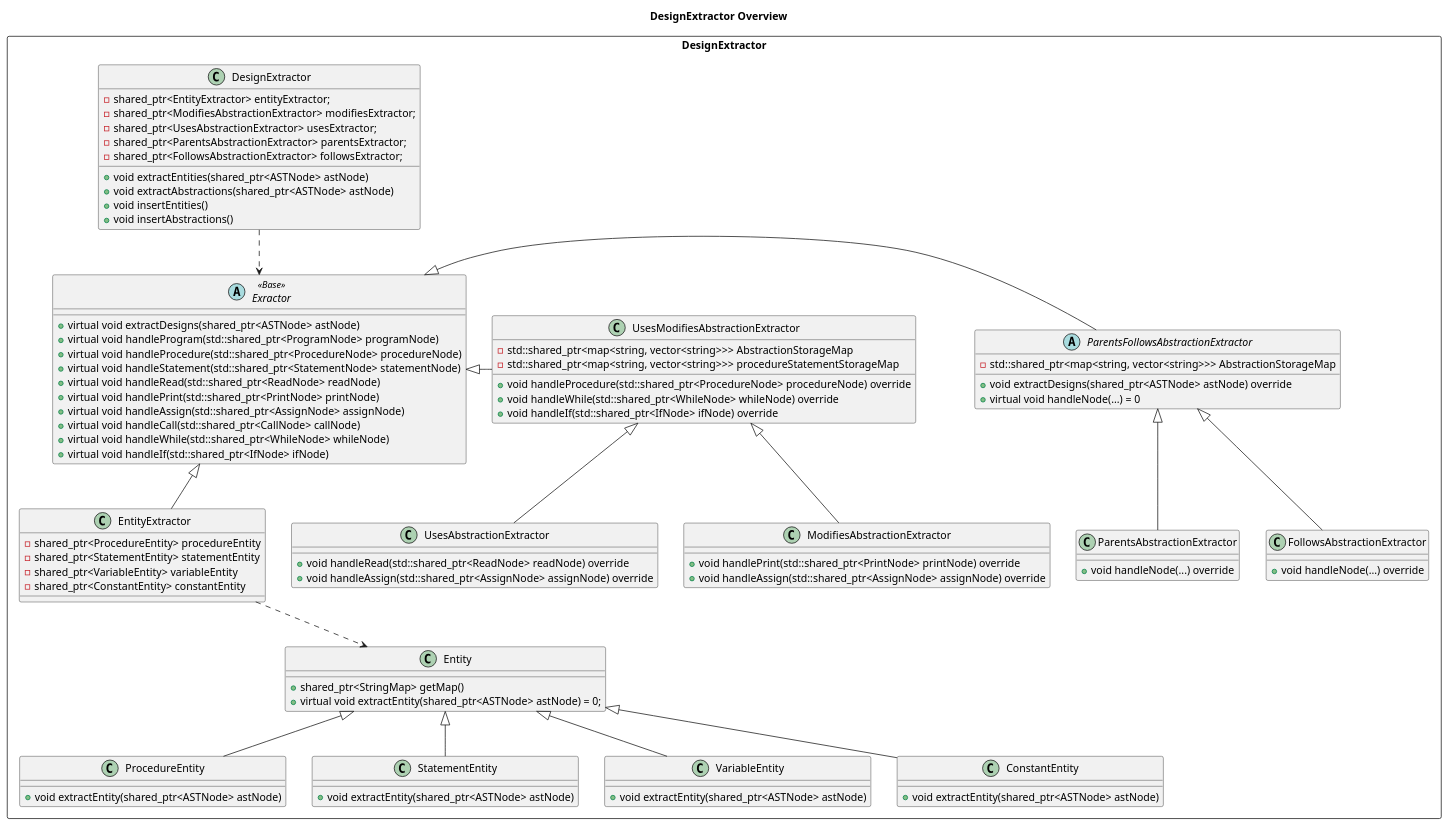
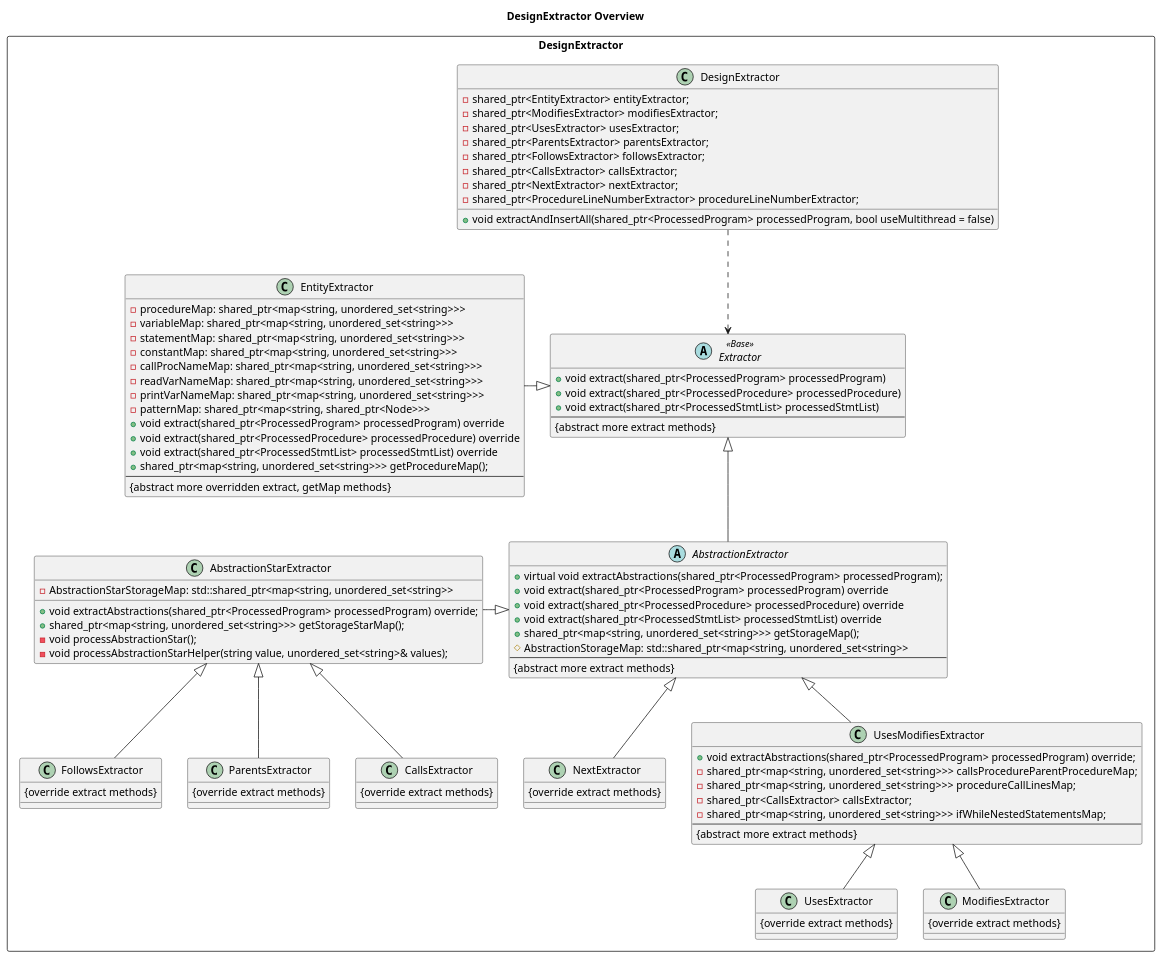
One commit to NicsunXnus/SoftwareEngineeringProject changed the diagram in Team18/Docs/SP/DiagramsV2/DesignExtractorOverview/ExtractorHiearchy.puml. Above: the diagram before and after it, drawn with PlantUML. The commit also changed 1 other file, not shown here.

Commit message:
Update DE class diagram

```diff
--- a/Team18/Docs/SP/DiagramsV2/DesignExtractorOverview/ExtractorHiearchy.puml
+++ b/Team18/Docs/SP/DiagramsV2/DesignExtractorOverview/ExtractorHiearchy.puml
@@ -1,97 +1,104 @@
 @startuml
 
 title DesignExtractor Overview
 
 package DesignExtractor <<Rectangle>> {
     Class DesignExtractor {
         -shared_ptr<EntityExtractor> entityExtractor;
-        -shared_ptr<ModifiesAbstractionExtractor> modifiesExtractor;
-        -shared_ptr<UsesAbstractionExtractor> usesExtractor;
-        -shared_ptr<ParentsAbstractionExtractor> parentsExtractor;
-        -shared_ptr<FollowsAbstractionExtractor> followsExtractor;
-        +void extractEntities(shared_ptr<ASTNode> astNode)
-        +void extractAbstractions(shared_ptr<ASTNode> astNode)
-        +void insertEntities()
-        +void insertAbstractions()
+        -shared_ptr<ModifiesExtractor> modifiesExtractor;
+        -shared_ptr<UsesExtractor> usesExtractor;
+        -shared_ptr<ParentsExtractor> parentsExtractor;
+        -shared_ptr<FollowsExtractor> followsExtractor;
+        -shared_ptr<CallsExtractor> callsExtractor;
+        -shared_ptr<NextExtractor> nextExtractor;
+        -shared_ptr<ProcedureLineNumberExtractor> procedureLineNumberExtractor;
+        +void extractAndInsertAll(shared_ptr<ProcessedProgram> processedProgram, bool useMultithread = false)
     }
 
-    Abstract Exractor <<Base>> {
-        +virtual void extractDesigns(shared_ptr<ASTNode> astNode)
-        +virtual void handleProgram(std::shared_ptr<ProgramNode> programNode)
-        +virtual void handleProcedure(std::shared_ptr<ProcedureNode> procedureNode)
-        +virtual void handleStatement(std::shared_ptr<StatementNode> statementNode)
-        +virtual void handleRead(std::shared_ptr<ReadNode> readNode)
-        +virtual void handlePrint(std::shared_ptr<PrintNode> printNode)
-        +virtual void handleAssign(std::shared_ptr<AssignNode> assignNode)
-        +virtual void handleCall(std::shared_ptr<CallNode> callNode)
-        +virtual void handleWhile(std::shared_ptr<WhileNode> whileNode)
-        +virtual void handleIf(std::shared_ptr<IfNode> ifNode)
+    Abstract Extractor <<Base>> {
+        +void extract(shared_ptr<ProcessedProgram> processedProgram)
+        +void extract(shared_ptr<ProcessedProcedure> processedProcedure)
+        +void extract(shared_ptr<ProcessedStmtList> processedStmtList)
+        ---
+        {abstract more extract methods}
     }
     Class EntityExtractor {
-        -shared_ptr<ProcedureEntity> procedureEntity
-        -shared_ptr<StatementEntity> statementEntity
-        -shared_ptr<VariableEntity> variableEntity
-        -shared_ptr<ConstantEntity> constantEntity
-    }
-    Abstract ParentsFollowsAbstractionExtractor {
-        -std::shared_ptr<map<string, vector<string>>> AbstractionStorageMap
-        +void extractDesigns(shared_ptr<ASTNode> astNode) override
-        +virtual void handleNode(...) = 0
-    }
-    Class ParentsAbstractionExtractor {
-        +void handleNode(...) override
-    } 
-    Class FollowsAbstractionExtractor {
-        +void handleNode(...) override
-    }
-    Class UsesModifiesAbstractionExtractor {
-        -std::shared_ptr<map<string, vector<string>>> AbstractionStorageMap
-        -std::shared_ptr<map<string, vector<string>>> procedureStatementStorageMap
-        +void handleProcedure(std::shared_ptr<ProcedureNode> procedureNode) override
-        +void handleWhile(std::shared_ptr<WhileNode> whileNode) override
-        +void handleIf(std::shared_ptr<IfNode> ifNode) override
-    }
-    Class UsesAbstractionExtractor {
-        +void handleRead(std::shared_ptr<ReadNode> readNode) override
-        +void handleAssign(std::shared_ptr<AssignNode> assignNode) override
-    }
-    Class ModifiesAbstractionExtractor {
-        +void handlePrint(std::shared_ptr<PrintNode> printNode) override
-        +void handleAssign(std::shared_ptr<AssignNode> assignNode) override
-    }
-    Class Entity {
-        +shared_ptr<StringMap> getMap()
-        +virtual void extractEntity(shared_ptr<ASTNode> astNode) = 0;
-    }
-    Class ProcedureEntity {
-        +void extractEntity(shared_ptr<ASTNode> astNode)
-    }
-    Class StatementEntity{
-        +void extractEntity(shared_ptr<ASTNode> astNode)
-    }
-    Class VariableEntity{
-        +void extractEntity(shared_ptr<ASTNode> astNode)
-    }
-    Class ConstantEntity{
-        +void extractEntity(shared_ptr<ASTNode> astNode)
+        - procedureMap: shared_ptr<map<string, unordered_set<string>>>
+        - variableMap: shared_ptr<map<string, unordered_set<string>>>
+        - statementMap: shared_ptr<map<string, unordered_set<string>>>
+        - constantMap: shared_ptr<map<string, unordered_set<string>>>
+        - callProcNameMap: shared_ptr<map<string, unordered_set<string>>>
+        - readVarNameMap: shared_ptr<map<string, unordered_set<string>>>
+        - printVarNameMap: shared_ptr<map<string, unordered_set<string>>>
+        - patternMap: shared_ptr<map<string, shared_ptr<Node>>>
+        +void extract(shared_ptr<ProcessedProgram> processedProgram) override
+        +void extract(shared_ptr<ProcessedProcedure> processedProcedure) override
+        +void extract(shared_ptr<ProcessedStmtList> processedStmtList) override
+        +shared_ptr<map<string, unordered_set<string>>> getProcedureMap();
+        ---
+        {abstract more overridden extract, getMap methods}
     }
 
-    DesignExtractor ..> Exractor
-    Exractor <|-- EntityExtractor
-    Exractor <|-right- ParentsFollowsAbstractionExtractor
-    Exractor <|-right- UsesModifiesAbstractionExtractor
-    ParentsFollowsAbstractionExtractor <|-- ParentsAbstractionExtractor
-    ParentsFollowsAbstractionExtractor <|-- FollowsAbstractionExtractor
-    UsesModifiesAbstractionExtractor <|-- UsesAbstractionExtractor
-    UsesModifiesAbstractionExtractor <|-- ModifiesAbstractionExtractor
-    EntityExtractor ..> Entity
-    Entity <|-- ProcedureEntity
-    Entity <|-- StatementEntity
-    Entity <|-- VariableEntity
-    Entity <|-- ConstantEntity
+    Abstract AbstractionExtractor {
+        +virtual void extractAbstractions(shared_ptr<ProcessedProgram> processedProgram);
+        +void extract(shared_ptr<ProcessedProgram> processedProgram) override
+        +void extract(shared_ptr<ProcessedProcedure> processedProcedure) override
+        +void extract(shared_ptr<ProcessedStmtList> processedStmtList) override
+        +shared_ptr<map<string, unordered_set<string>>> getStorageMap();
+        # AbstractionStorageMap: std::shared_ptr<map<string, unordered_set<string>>
+        ---
+        {abstract more extract methods}
+    }
 
+    Class AbstractionStarExtractor {
+        +void extractAbstractions(shared_ptr<ProcessedProgram> processedProgram) override;
+        +shared_ptr<map<string, unordered_set<string>>> getStorageStarMap();
+        -void processAbstractionStar();
+        -void processAbstractionStarHelper(string value, unordered_set<string>& values);
+        -AbstractionStarStorageMap: std::shared_ptr<map<string, unordered_set<string>>
+    } 
+    
+    Class UsesModifiesExtractor {
+        +void extractAbstractions(shared_ptr<ProcessedProgram> processedProgram) override;
+        -shared_ptr<map<string, unordered_set<string>>> callsProcedureParentProcedureMap;
+        -shared_ptr<map<string, unordered_set<string>>> procedureCallLinesMap;
+        -shared_ptr<CallsExtractor> callsExtractor;
+        -shared_ptr<map<string, unordered_set<string>>> ifWhileNestedStatementsMap;
+        ---
+        {abstract more extract methods}
+    } 
 
+    Class FollowsExtractor {
+        {override extract methods}
+    }
+    Class ParentsExtractor {
+        {override extract methods}
+    }
+    Class CallsExtractor {
+        {override extract methods}
+    }
+    Class NextExtractor {
+        {override extract methods}
+    }
+    Class UsesExtractor {
+        {override extract methods}
+    }
+    Class ModifiesExtractor {
+        {override extract methods}
+    }
     
+
+    DesignExtractor ..> Extractor
+    Extractor <|-left- EntityExtractor
+    Extractor <|-- AbstractionExtractor
+    AbstractionExtractor <|-left- AbstractionStarExtractor
+    AbstractionExtractor <|-- UsesModifiesExtractor
+    AbstractionExtractor <|-- NextExtractor
+    AbstractionStarExtractor <|-- FollowsExtractor
+    AbstractionStarExtractor <|-- ParentsExtractor
+    AbstractionStarExtractor <|-- CallsExtractor
+    UsesModifiesExtractor <|-- UsesExtractor
+    UsesModifiesExtractor <|-- ModifiesExtractor
     
 }
 @enduml
```
